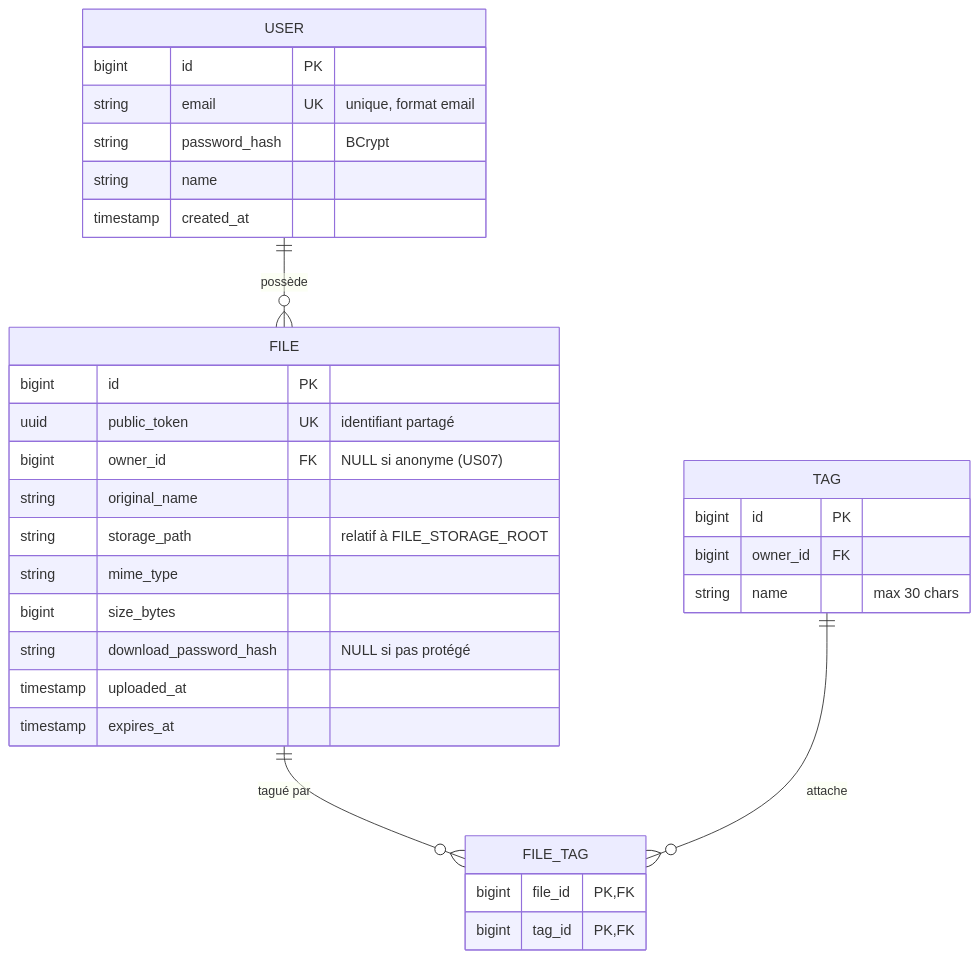
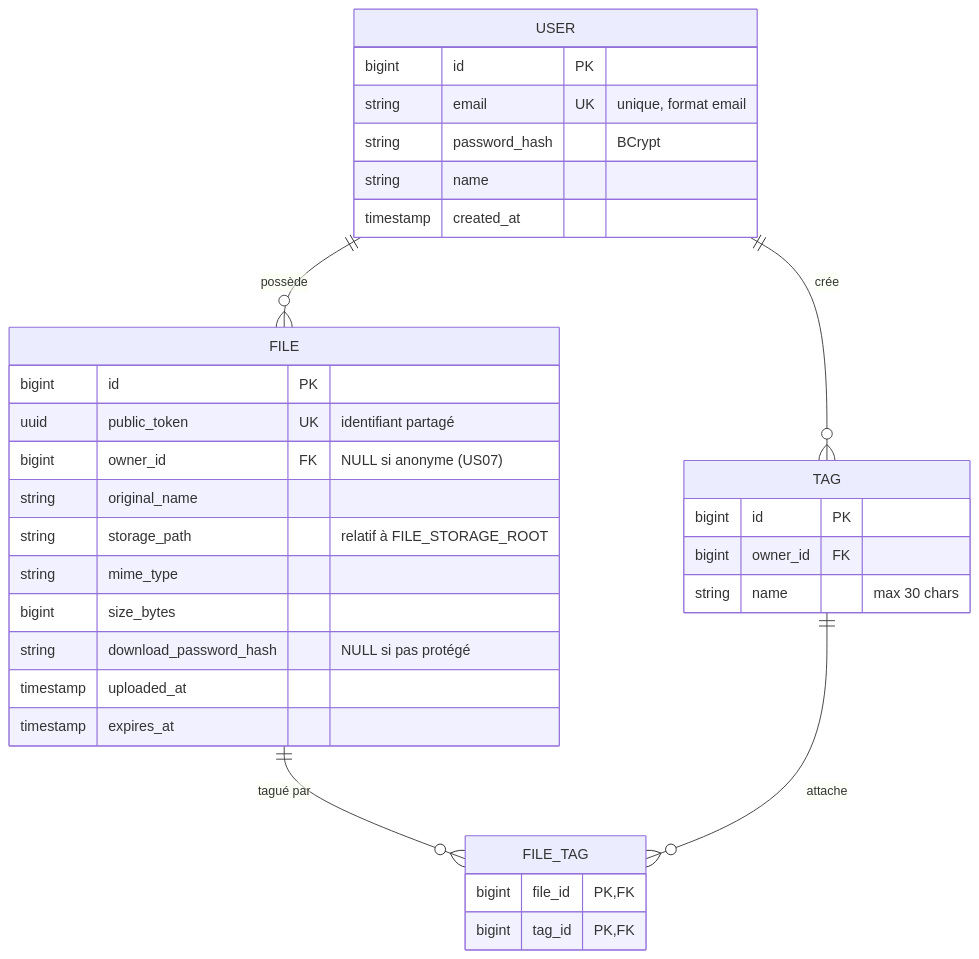
Before and after one commit to ttaourirt/datashare-mvp: the diagram in docs/02-data-model.md, drawn with Mermaid. The commit also changed other lines of this file and 5 other files, not shown here.

First line of the commit message:
docs(architecture): replace outdated Mermaid diagrams with an accurate one

````diff
--- a/docs/02-data-model.md
+++ b/docs/02-data-model.md
@@ -5,38 +5,39 @@
 ```mermaid
 erDiagram
     USER ||--o{ FILE : "possède"
+    USER ||--o{ TAG : "crée"
     FILE ||--o{ FILE_TAG : "tagué par"
     TAG  ||--o{ FILE_TAG : "attache"
 
     USER {
         bigint id PK
         string email UK "unique, format email"
         string password_hash "BCrypt"
         string name
         timestamp created_at
     }
 
     FILE {
         bigint id PK
         uuid public_token UK "identifiant partagé"
         bigint owner_id FK "NULL si anonyme (US07)"
         string original_name
         string storage_path "relatif à FILE_STORAGE_ROOT"
         string mime_type
         bigint size_bytes
         string download_password_hash "NULL si pas protégé"
         timestamp uploaded_at
         timestamp expires_at
     }
 
     TAG {
         bigint id PK
         bigint owner_id FK
         string name "max 30 chars"
     }
 
     FILE_TAG {
         bigint file_id PK, FK
         bigint tag_id PK, FK
     }
 ```
````
